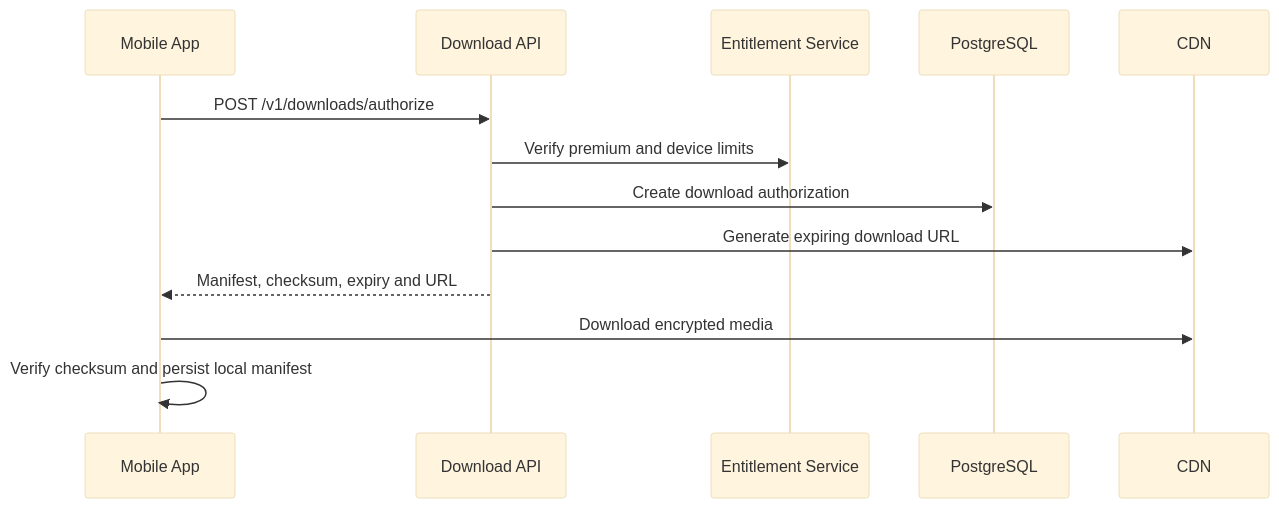
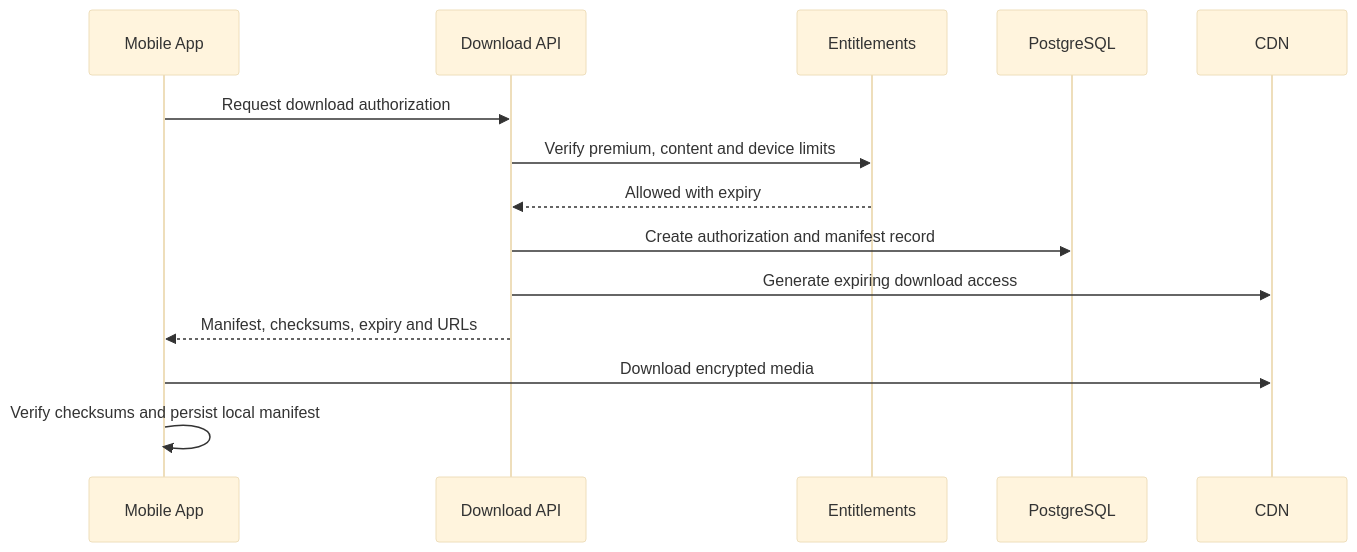
One commit to IoanMarian08/KidsAudioBookPlatform changed the sixth of 14 diagrams in docs/03_Architecture/System_Flows.md. Above: the diagram before and after it, drawn with Mermaid (base theme). The commit also changed other lines of this file, not shown here.

Commit message:
Document system flows

````diff
--- a/docs/03_Architecture/System_Flows.md
+++ b/docs/03_Architecture/System_Flows.md
@@ -199,16 +343,17 @@
 ```mermaid
 sequenceDiagram
     participant M as Mobile App
     participant D as Download API
-    participant E as Entitlement Service
+    participant E as Entitlements
     participant DB as PostgreSQL
     participant CDN as CDN
 
-    M->>D: POST /v1/downloads/authorize
-    D->>E: Verify premium and device limits
-    D->>DB: Create download authorization
-    D->>CDN: Generate expiring download URL
-    D-->>M: Manifest, checksum, expiry and URL
+    M->>D: Request download authorization
+    D->>E: Verify premium, content and device limits
+    E-->>D: Allowed with expiry
+    D->>DB: Create authorization and manifest record
+    D->>CDN: Generate expiring download access
+    D-->>M: Manifest, checksums, expiry and URLs
     M->>CDN: Download encrypted media
-    M->>M: Verify checksum and persist local manifest
+    M->>M: Verify checksums and persist local manifest
 ```
````
